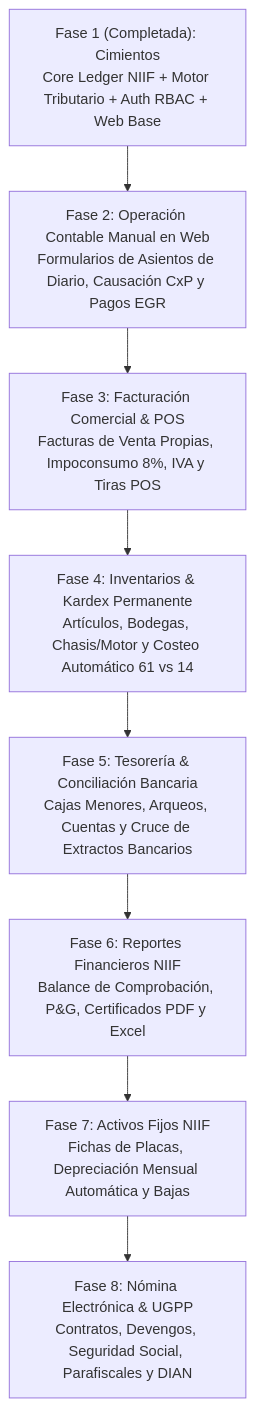
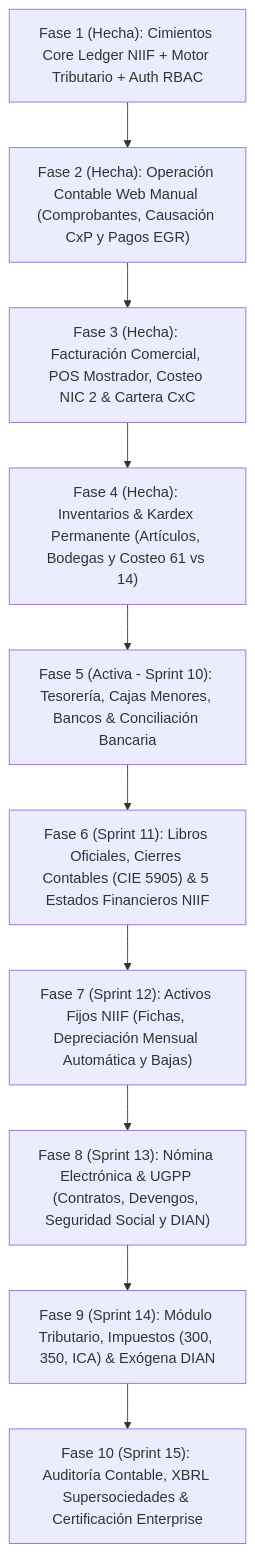
Before and after one commit to charleoni/Pacyolo: the second of 2 diagrams in docs/ARQUITECTURA_ERP_PACYOLO.md, drawn with Mermaid. The commit also changed other lines of this file and 1 other file, not shown here.

Commit message:
docs: ampliar arquitectura y roadmap a 15 sprints con los 5 estados financieros NIIF, cierres, libros oficiales y exogena

````diff
--- a/docs/ARQUITECTURA_ERP_PACYOLO.md
+++ b/docs/ARQUITECTURA_ERP_PACYOLO.md
@@ -218,19 +259,23 @@
 ```mermaid
 flowchart TD
-    Fase1["Fase 1 (Completada): Cimientos\nCore Ledger NIIF + Motor Tributario + Auth RBAC + Web Base"]
-    Fase2["Fase 2: Operación Contable Manual en Web\nFormularios de Asientos de Diario, Causación CxP y Pagos EGR"]
-    Fase3["Fase 3: Facturación Comercial & POS\nFacturas de Venta Propias, Impoconsumo 8%, IVA y Tiras POS"]
-    Fase4["Fase 4: Inventarios & Kardex Permanente\nArtículos, Bodegas, Chasis/Motor y Costeo Automático 61 vs 14"]
-    Fase5["Fase 5: Tesorería & Conciliación Bancaria\nCajas Menores, Arqueos, Cuentas y Cruce de Extractos Bancarios"]
-    Fase6["Fase 6: Reportes Financieros NIIF\nBalance de Comprobación, P&G, Certificados PDF y Excel"]
-    Fase7["Fase 7: Activos Fijos NIIF\nFichas de Placas, Depreciación Mensual Automática y Bajas"]
-    Fase8["Fase 8: Nómina Electrónica & UGPP\nContratos, Devengos, Seguridad Social, Parafiscales y DIAN"]
+    Fase1["Fase 1 (Hecha): Cimientos Core Ledger NIIF + Motor Tributario + Auth RBAC"]
+    Fase2["Fase 2 (Hecha): Operación Contable Web Manual (Comprobantes, Causación CxP y Pagos EGR)"]
+    Fase3["Fase 3 (Hecha): Facturación Comercial, POS Mostrador, Costeo NIC 2 & Cartera CxC"]
+    Fase4["Fase 4 (Hecha): Inventarios & Kardex Permanente (Artículos, Bodegas y Costeo 61 vs 14)"]
+    Fase5["Fase 5 (Activa - Sprint 10): Tesorería, Cajas Menores, Bancos & Conciliación Bancaria"]
+    Fase6["Fase 6 (Sprint 11): Libros Oficiales, Cierres Contables (CIE 5905) & 5 Estados Financieros NIIF"]
+    Fase7["Fase 7 (Sprint 12): Activos Fijos NIIF (Fichas, Depreciación Mensual Automática y Bajas)"]
+    Fase8["Fase 8 (Sprint 13): Nómina Electrónica & UGPP (Contratos, Devengos, Seguridad Social y DIAN)"]
+    Fase9["Fase 9 (Sprint 14): Módulo Tributario, Impuestos (300, 350, ICA) & Exógena DIAN"]
+    Fase10["Fase 10 (Sprint 15): Auditoría Contable, XBRL Supersociedades & Certificación Enterprise"]
 
     Fase1 --> Fase2
     Fase2 --> Fase3
     Fase3 --> Fase4
     Fase4 --> Fase5
     Fase5 --> Fase6
     Fase6 --> Fase7
     Fase7 --> Fase8
+    Fase8 --> Fase9
+    Fase9 --> Fase10
 ```
````
